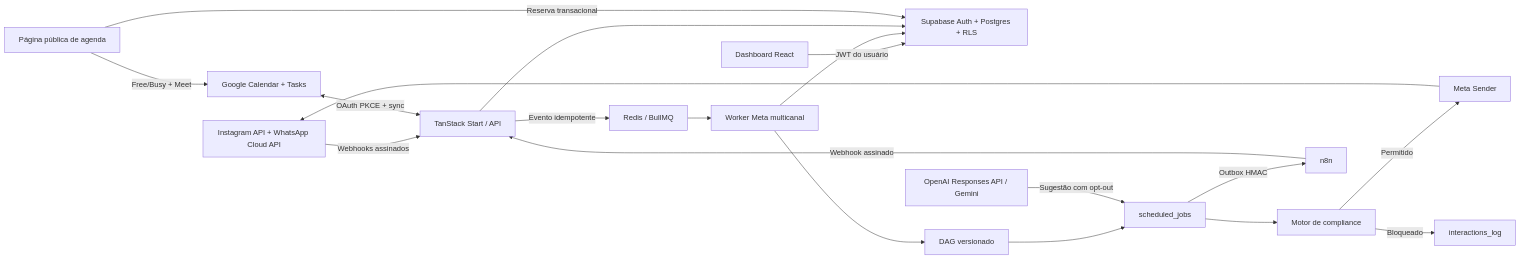
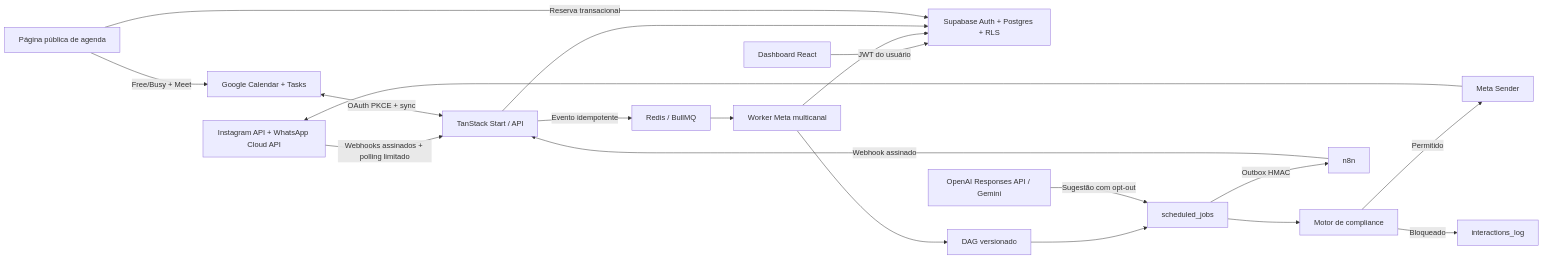
Before and after one commit to ShunWalChin/WalChat: the diagram in README.md, drawn with Mermaid. The commit also changed other lines of this file and 26 other files, not shown here.

````diff
--- a/README.md
+++ b/README.md
@@ -108,21 +112,21 @@
 ```mermaid
 flowchart LR
-    Meta["Instagram API + WhatsApp Cloud API"] -->|"Webhooks assinados"| Webhook["TanStack Start / API"]
+    Meta["Instagram API + WhatsApp Cloud API"] -->|"Webhooks assinados + polling limitado"| Webhook["TanStack Start / API"]
     Browser["Dashboard React"] -->|"JWT do usuário"| Supabase["Supabase Auth + Postgres + RLS"]
     Webhook -->|"Evento idempotente"| Redis["Redis / BullMQ"]
     Redis --> Worker["Worker Meta multicanal"]
     Worker --> Supabase
     Worker --> Engine["DAG versionado"]
     Engine --> Scheduler["scheduled_jobs"]
     Scheduler --> Compliance["Motor de compliance"]
     Compliance -->|"Permitido"| Sender["Meta Sender"]
     Compliance -->|"Bloqueado"| Audit["interactions_log"]
     Sender --> Meta
     Webhook --> Supabase
     AI["OpenAI Responses API / Gemini"] -->|"Sugestão com opt-out"| Scheduler
     Google["Google Calendar + Tasks"] <-->|"OAuth PKCE + sync"| Webhook
     Booking["Página pública de agenda"] -->|"Reserva transacional"| Supabase
     Booking -->|"Free/Busy + Meet"| Google
     Scheduler -->|"Outbox HMAC"| N8N["n8n"]
     N8N -->|"Webhook assinado"| Webhook
 ```
````
